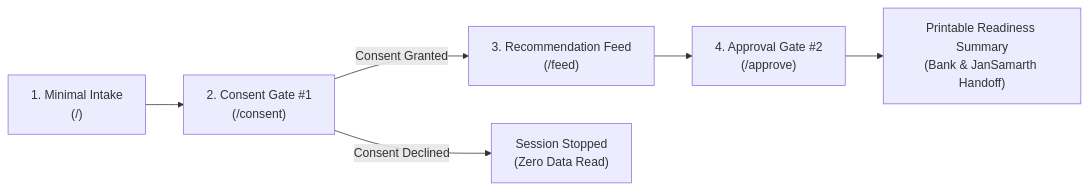
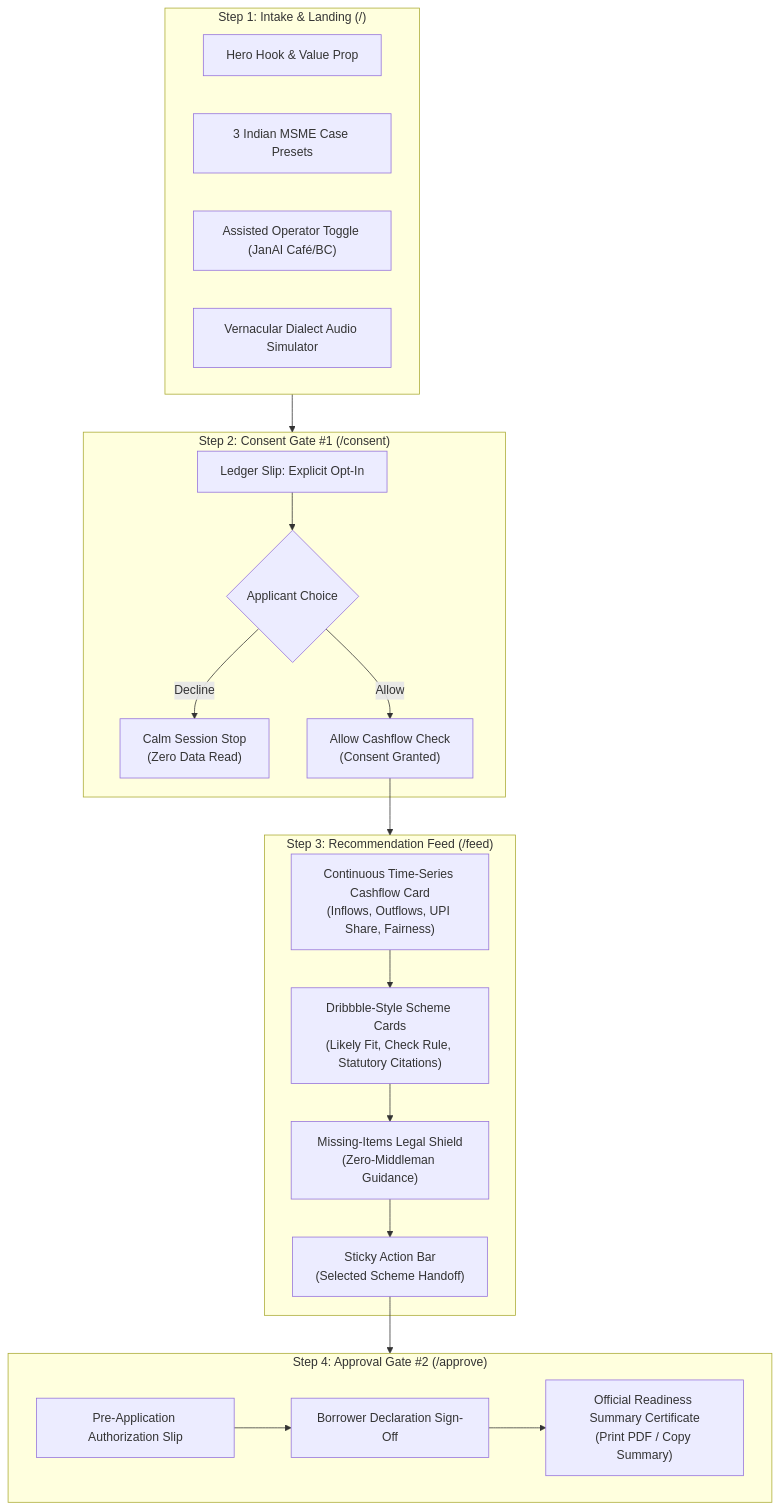
Before and after one commit to bhargava562/creditBridge: the diagram in README.md, drawn with Mermaid. The commit also changed other lines of this file and 10 other files, not shown here.

````diff
--- a/README.md
+++ b/README.md
@@ -75,8 +68,38 @@
 ```mermaid
-flowchart LR
-    A["1. Minimal Intake<br/>(/)"] --> B["2. Consent Gate #1<br/>(/consent)"]
-    B -->|Consent Granted| C["3. Recommendation Feed<br/>(/feed)"]
-    B -->|Consent Declined| D["Session Stopped<br/>(Zero Data Read)"]
-    C --> E["4. Approval Gate #2<br/>(/approve)"]
-    E --> F["Printable Readiness Summary<br/>(Bank & JanSamarth Handoff)"]
+flowchart TD
+    subgraph S1["Step 1: Intake & Landing (/)"]
+        H["Hero Hook & Value Prop"]
+        P["3 Indian MSME Case Presets"]
+        A["Assisted Operator Toggle (JanAI Café/BC)"]
+        V["Vernacular Dialect Audio Simulator"]
+    end
+
+    subgraph S2["Step 2: Consent Gate #1 (/consent)"]
+        CS["Ledger Slip: Explicit Opt-In"]
+        D{"Applicant Choice"}
+        Stop["Calm Session Stop<br/>(Zero Data Read)"]
+        Allow["Allow Cashflow Check<br/>(Consent Granted)"]
+    end
+
+    subgraph S3["Step 3: Recommendation Feed (/feed)"]
+        CF["Continuous Time-Series Cashflow Card<br/>(Inflows, Outflows, UPI Share, Fairness)"]
+        SC["Dribbble-Style Scheme Cards<br/>(Likely Fit, Check Rule, Statutory Citations)"]
+        MI["Missing-Items Legal Shield<br/>(Zero-Middleman Guidance)"]
+        BA["Sticky Action Bar<br/>(Selected Scheme Handoff)"]
+    end
+
+    subgraph S4["Step 4: Approval Gate #2 (/approve)"]
+        AS["Pre-Application Authorization Slip"]
+        Sign["Borrower Declaration Sign-Off"]
+        Cert["Official Readiness Summary Certificate<br/>(Print PDF / Copy Summary)"]
+    end
+
+    S1 --> S2
+    CS --> D
+    D -->|Decline| Stop
+    D -->|Allow| Allow
+    Allow --> S3
+    CF --> SC --> MI --> BA
+    BA --> S4
+    AS --> Sign --> Cert
 ```
````
